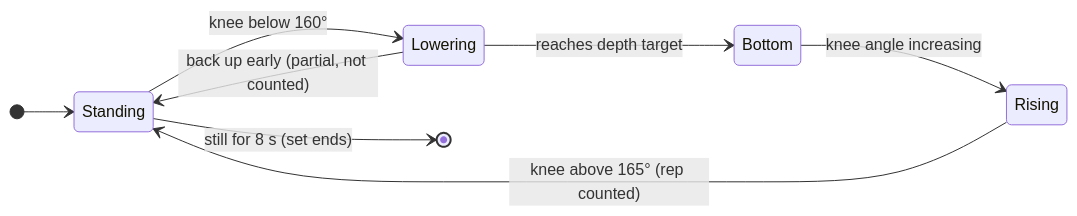
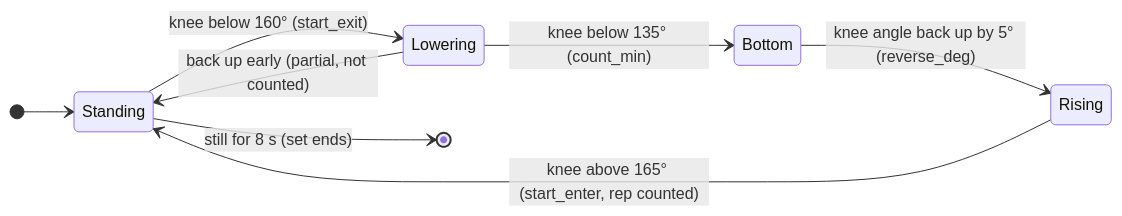
One commit to Del0m/KnightHacks2026 changed the sixth of 17 diagrams in Architecture.md. Above: the diagram before and after it, drawn with Mermaid. The commit also changed other lines of this file and 2 other files, not shown here.

Commit message:
docs: exercise spec format and Architecture §6 spec model

````diff
--- a/Architecture.md
+++ b/Architecture.md
@@ -264,11 +264,11 @@
 ```mermaid
 stateDiagram-v2
     direction LR
     [*] --> Standing
-    Standing --> Lowering: knee below 160°
-    Lowering --> Bottom: reaches depth target
+    Standing --> Lowering: knee below 160° (start_exit)
+    Lowering --> Bottom: knee below 135° (count_min)
     Lowering --> Standing: back up early (partial, not counted)
-    Bottom --> Rising: knee angle increasing
-    Rising --> Standing: knee above 165° (rep counted)
+    Bottom --> Rising: knee angle back up by 5° (reverse_deg)
+    Rising --> Standing: knee above 165° (start_enter, rep counted)
     Standing --> [*]: still for 8 s (set ends)
 ```
````
